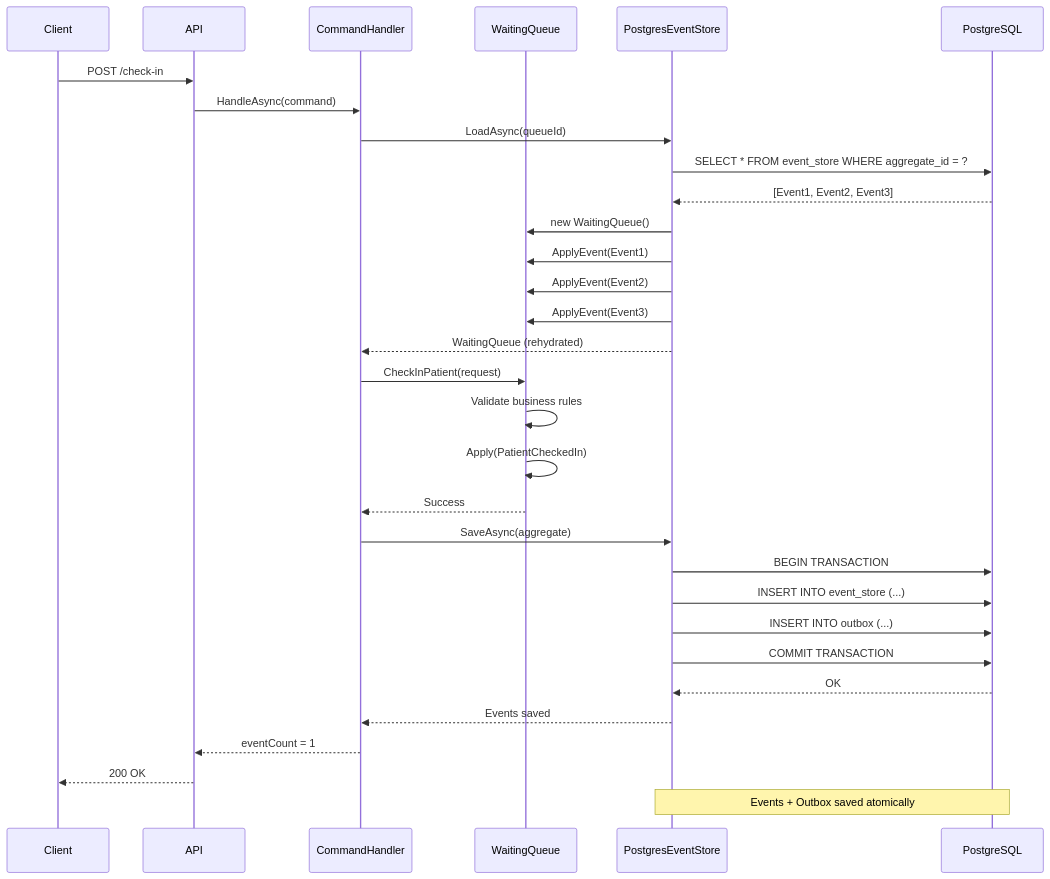
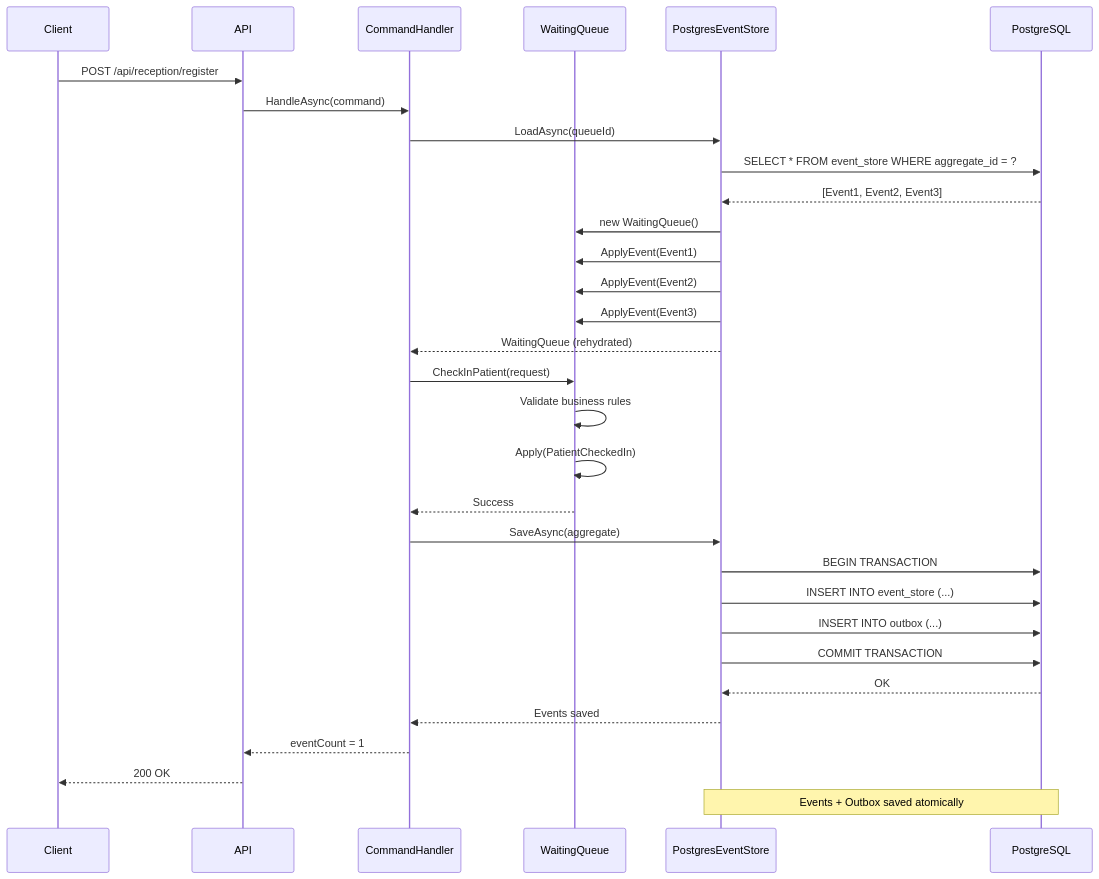
The fourth of 7 diagrams in docs/architecture/c4-diagrams.md (leopcaraballo/rlapp-backend), drawn with Mermaid before and after one commit. The commit also changed other lines of this file and 101 other files, not shown here.

````diff
--- a/docs/architecture/c4-diagrams.md
+++ b/docs/architecture/c4-diagrams.md
@@ -278,40 +294,40 @@
 ```mermaid
 sequenceDiagram
     participant Client
     participant API
     participant Handler as CommandHandler
     participant Aggregate as WaitingQueue
     participant EventStore as PostgresEventStore
     participant DB as PostgreSQL
 
-    Client->>API: POST /check-in
+    Client->>API: POST /api/reception/register
     API->>Handler: HandleAsync(command)
 
     Handler->>EventStore: LoadAsync(queueId)
     EventStore->>DB: SELECT * FROM event_store WHERE aggregate_id = ?
     DB-->>EventStore: [Event1, Event2, Event3]
     EventStore->>Aggregate: new WaitingQueue()
     EventStore->>Aggregate: ApplyEvent(Event1)
     EventStore->>Aggregate: ApplyEvent(Event2)
     EventStore->>Aggregate: ApplyEvent(Event3)
     EventStore-->>Handler: WaitingQueue (rehydrated)
 
     Handler->>Aggregate: CheckInPatient(request)
     Aggregate->>Aggregate: Validate business rules
     Aggregate->>Aggregate: Apply(PatientCheckedIn)
     Aggregate-->>Handler: Success
 
     Handler->>EventStore: SaveAsync(aggregate)
 
     EventStore->>DB: BEGIN TRANSACTION
     EventStore->>DB: INSERT INTO event_store (...)
     EventStore->>DB: INSERT INTO outbox (...)
     EventStore->>DB: COMMIT TRANSACTION
 
     DB-->>EventStore: OK
     EventStore-->>Handler: Events saved
     Handler-->>API: eventCount = 1
     API-->>Client: 200 OK
 
     Note over DB,EventStore: Events + Outbox saved atomically
 ```
````
